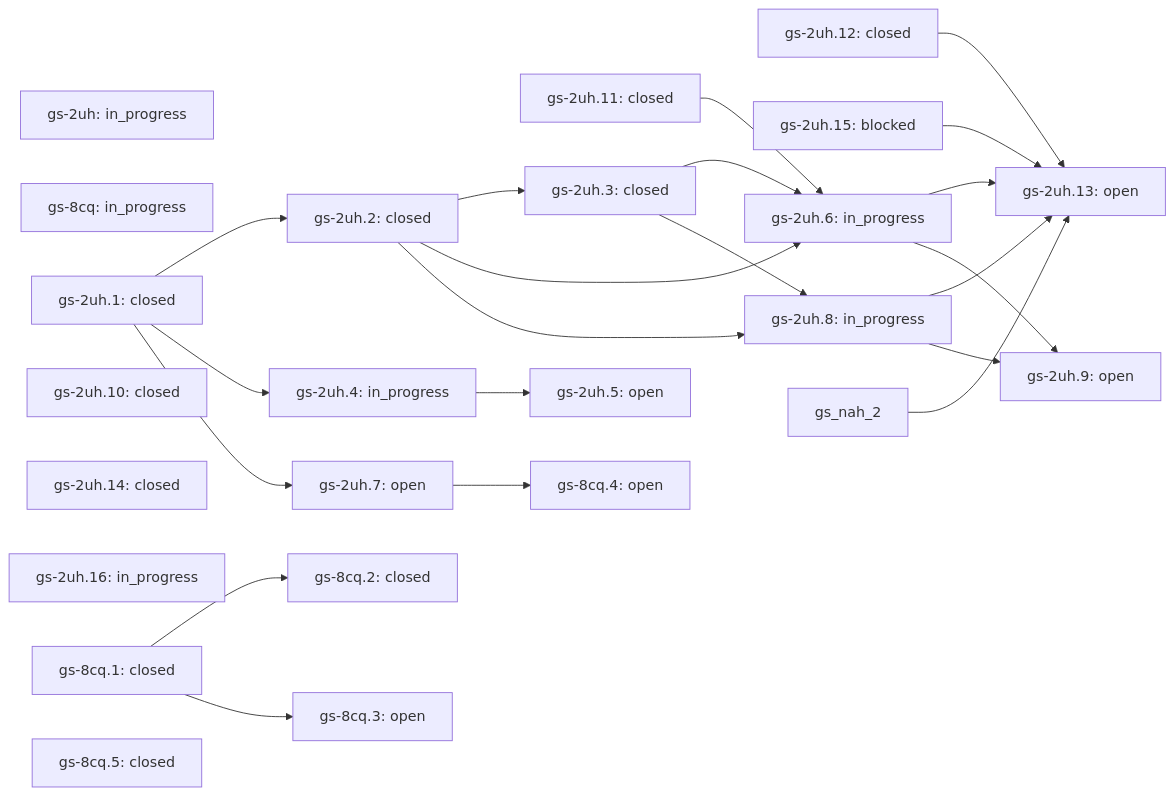
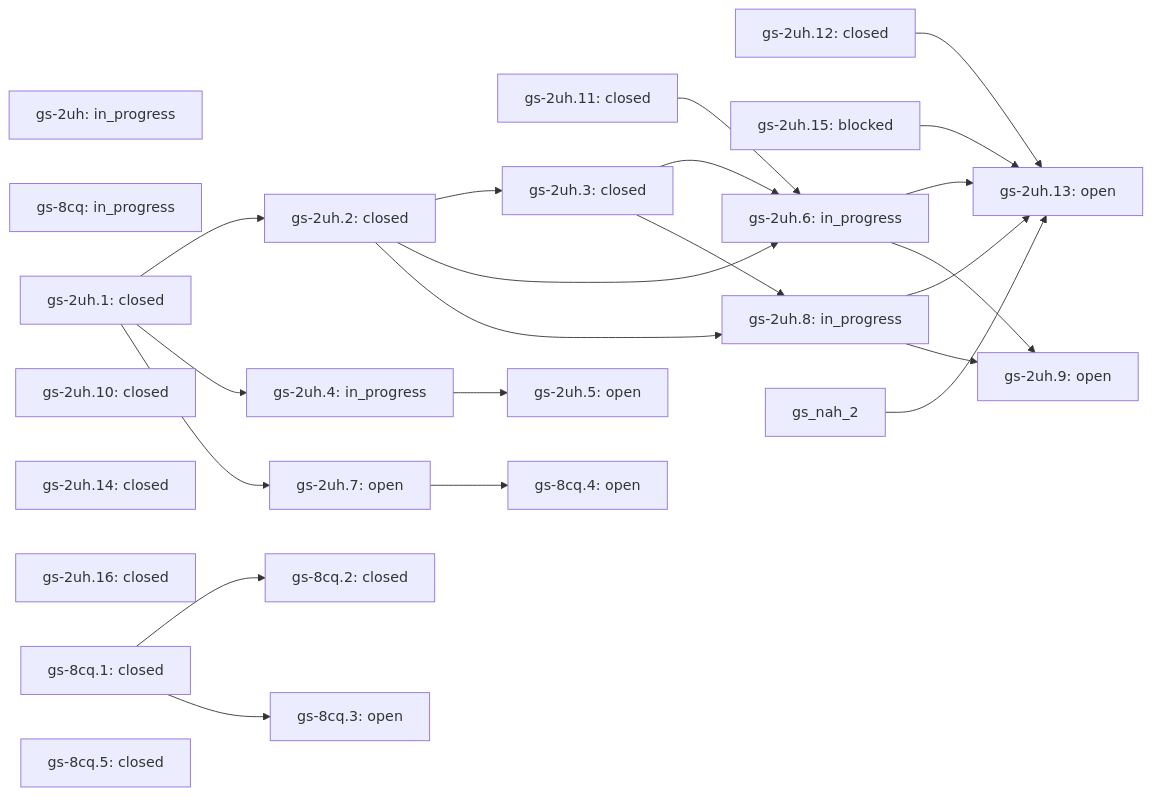
One commit to lifeofgurpreet/G-Skills changed the diagram in docs/skills/vps-health/ROADMAP.md. Above: the diagram before and after it, drawn with Mermaid. The commit also changed other lines of this file and 3 other files, not shown here.

````diff
--- a/docs/skills/vps-health/ROADMAP.md
+++ b/docs/skills/vps-health/ROADMAP.md
@@ -35,46 +35,46 @@
 ```mermaid
 flowchart LR
   gs_2uh["gs-2uh: in_progress"]
   gs_8cq["gs-8cq: in_progress"]
   gs_2uh_1["gs-2uh.1: closed"]
   gs_2uh_10["gs-2uh.10: closed"]
   gs_2uh_11["gs-2uh.11: closed"]
   gs_2uh_12["gs-2uh.12: closed"]
   gs_2uh_13["gs-2uh.13: open"]
   gs_2uh_12 --> gs_2uh_13
   gs_2uh_15 --> gs_2uh_13
   gs_2uh_6 --> gs_2uh_13
   gs_2uh_8 --> gs_2uh_13
   gs_nah_2 --> gs_2uh_13
   gs_2uh_14["gs-2uh.14: closed"]
   gs_2uh_15["gs-2uh.15: blocked"]
-  gs_2uh_16["gs-2uh.16: in_progress"]
+  gs_2uh_16["gs-2uh.16: closed"]
   gs_2uh_2["gs-2uh.2: closed"]
   gs_2uh_1 --> gs_2uh_2
   gs_2uh_3["gs-2uh.3: closed"]
   gs_2uh_2 --> gs_2uh_3
   gs_2uh_4["gs-2uh.4: in_progress"]
   gs_2uh_1 --> gs_2uh_4
   gs_2uh_5["gs-2uh.5: open"]
   gs_2uh_4 --> gs_2uh_5
   gs_2uh_6["gs-2uh.6: in_progress"]
   gs_2uh_11 --> gs_2uh_6
   gs_2uh_2 --> gs_2uh_6
   gs_2uh_3 --> gs_2uh_6
   gs_2uh_8["gs-2uh.8: in_progress"]
   gs_2uh_2 --> gs_2uh_8
   gs_2uh_3 --> gs_2uh_8
   gs_8cq_1["gs-8cq.1: closed"]
   gs_8cq_2["gs-8cq.2: closed"]
   gs_8cq_1 --> gs_8cq_2
   gs_2uh_7["gs-2uh.7: open"]
   gs_2uh_1 --> gs_2uh_7
   gs_2uh_9["gs-2uh.9: open"]
   gs_2uh_6 --> gs_2uh_9
   gs_2uh_8 --> gs_2uh_9
   gs_8cq_3["gs-8cq.3: open"]
   gs_8cq_1 --> gs_8cq_3
   gs_8cq_4["gs-8cq.4: open"]
   gs_2uh_7 --> gs_8cq_4
   gs_8cq_5["gs-8cq.5: closed"]
 ```
````
